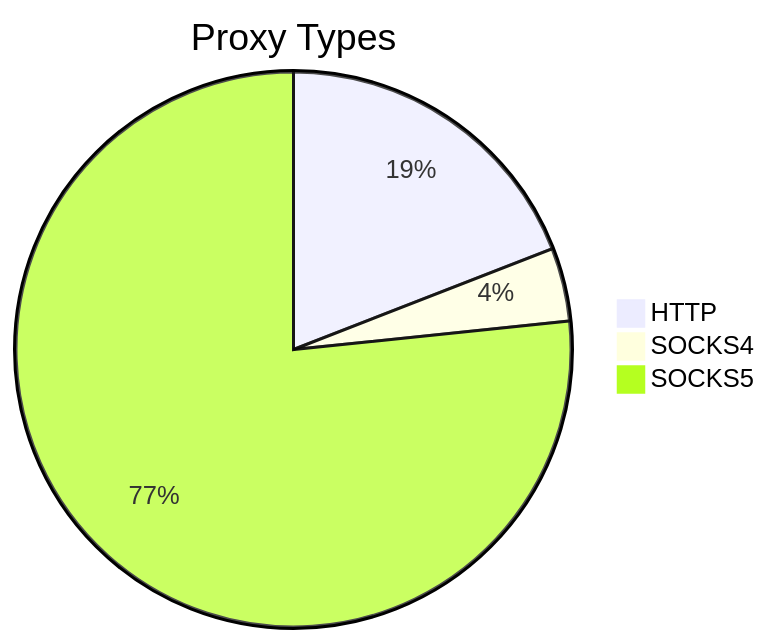
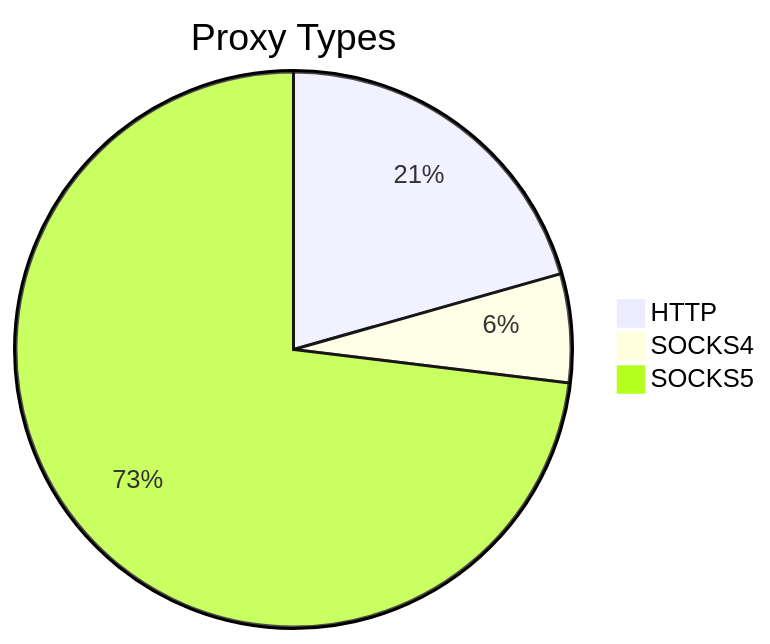
Before and after one commit to stormsia/proxy-list: the first of 2 diagrams in README.md, drawn with Mermaid. The commit also changed other lines of this file, not shown here.

````diff
--- a/README.md
+++ b/README.md
@@ -21,6 +21,6 @@
 ```mermaid
 pie title Proxy Types
-    "HTTP" : 67
-    "SOCKS4" : 15
-    "SOCKS5" : 269
+    "HTTP" : 75
+    "SOCKS4" : 23
+    "SOCKS5" : 266
 ```
````
